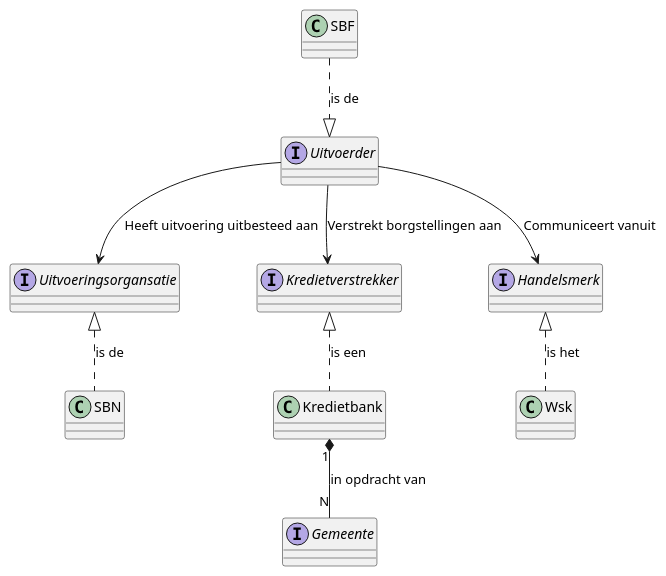
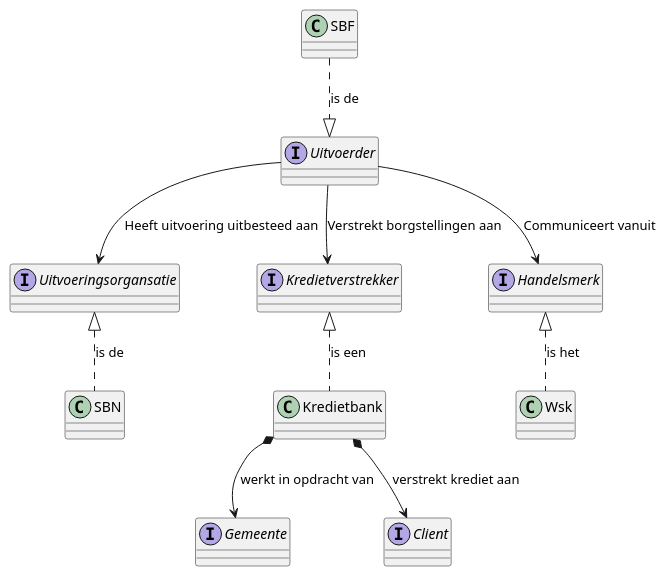
The diagram in docs/context.puml (sbnnl/documentatie), drawn with PlantUML before and after one commit.

Commit message:
context diagram aangepast

```diff
--- a/docs/context.puml
+++ b/docs/context.puml
@@ -1,29 +1,31 @@
 @startuml
 
 
 interface Uitvoeringsorgansatie
 class SBN
 
 interface Uitvoerder
 class SBF
 
 interface Kredietverstrekker
 class Kredietbank
 
 interface Handelsmerk
 class Wsk
 
 interface Gemeente
+interface Client
 
 SBF ..|> Uitvoerder : "is de"
 Uitvoerder --> Kredietverstrekker : "Verstrekt borgstellingen aan"
 Uitvoerder --> Handelsmerk : "Communiceert vanuit"
 Uitvoerder --> Uitvoeringsorgansatie : "Heeft uitvoering uitbesteed aan"
 
 Kredietverstrekker <|.. Kredietbank : "is een"
 Handelsmerk <|.. Wsk : "is het"
 Uitvoeringsorgansatie <|.. SBN : "is de"
 
-Kredietbank "1" *-- "N" Gemeente : "in opdracht van"
+Kredietbank *--> Client : "verstrekt krediet aan"
+Kredietbank *--> Gemeente : "werkt in opdracht van"
 
 @enduml
```
